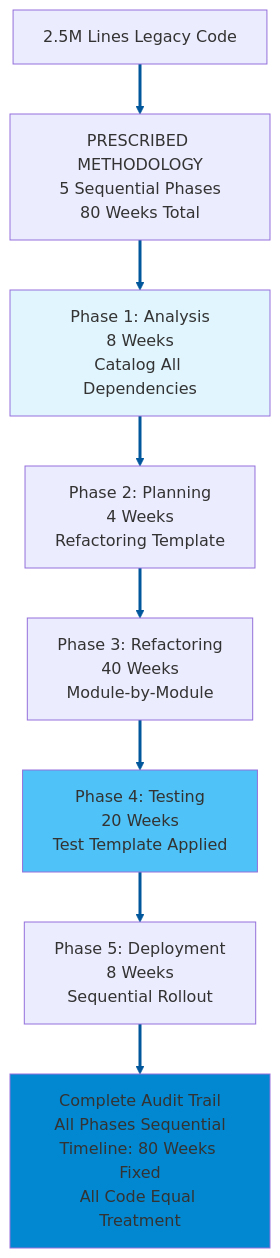
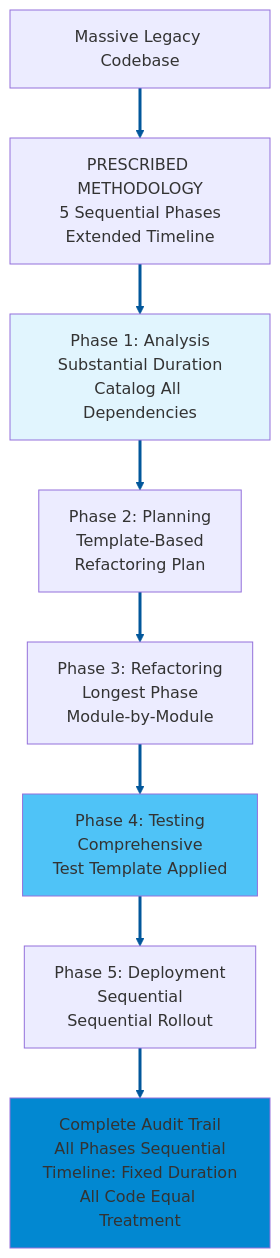
One commit to whatevergeek/agentic_vs_deterministic changed the second of 6 diagrams in debate_shortlisted_topics_slide_prep-topic4&6-usecase-set04-v2.md. Above: the diagram before and after it, drawn with Mermaid. The commit also changed other lines of this file, not shown here.

````diff
--- a/debate_shortlisted_topics_slide_prep-topic4&6-usecase-set04-v2.md
+++ b/debate_shortlisted_topics_slide_prep-topic4&6-usecase-set04-v2.md
@@ -67,16 +67,16 @@
 ```mermaid
 graph TD
-    A["2.5M Lines Legacy Code"] --> B["PRESCRIBED METHODOLOGY<br/>5 Sequential Phases<br/>80 Weeks Total"]
-    B --> C["Phase 1: Analysis<br/>8 Weeks<br/>Catalog All Dependencies"]
-    C --> D["Phase 2: Planning<br/>4 Weeks<br/>Refactoring Template"]
-    D --> E["Phase 3: Refactoring<br/>40 Weeks<br/>Module-by-Module"]
-    E --> F["Phase 4: Testing<br/>20 Weeks<br/>Test Template Applied"]
-    F --> G["Phase 5: Deployment<br/>8 Weeks<br/>Sequential Rollout"]
-    G --> H["Complete Audit Trail<br/>All Phases Sequential<br/>Timeline: 80 Weeks Fixed<br/>All Code Equal Treatment"]
+    A["Massive Legacy Codebase"] --> B["PRESCRIBED METHODOLOGY<br/>5 Sequential Phases<br/>Extended Timeline"]
+    B --> C["Phase 1: Analysis<br/>Substantial Duration<br/>Catalog All Dependencies"]
+    C --> D["Phase 2: Planning<br/>Template-Based<br/>Refactoring Plan"]
+    D --> E["Phase 3: Refactoring<br/>Longest Phase<br/>Module-by-Module"]
+    E --> F["Phase 4: Testing<br/>Comprehensive<br/>Test Template Applied"]
+    F --> G["Phase 5: Deployment<br/>Sequential<br/>Sequential Rollout"]
+    G --> H["Complete Audit Trail<br/>All Phases Sequential<br/>Timeline: Fixed Duration<br/>All Code Equal Treatment"]
     
     style C fill:#e1f5fe
     style F fill:#4fc3f7
     style H fill:#0288d1
     
     linkStyle 0,1,2,3,4,5,6 stroke:#01579b,stroke-width:3px
 ```
````
